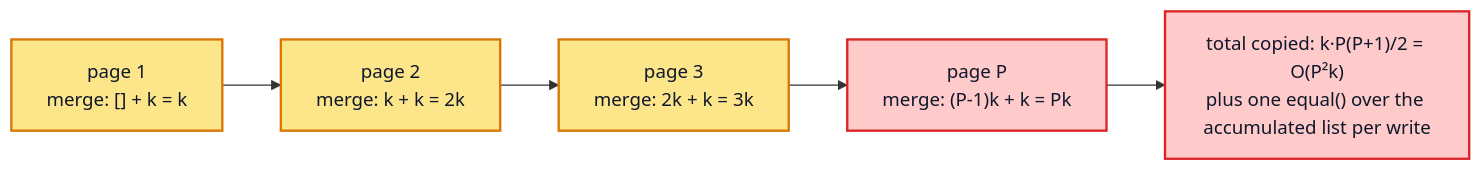
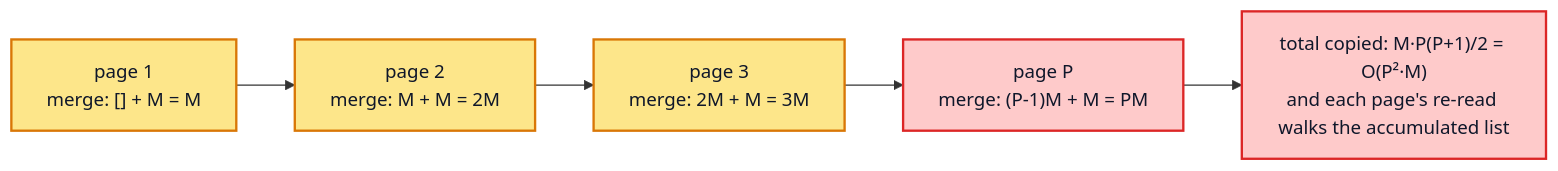
Before and after one commit to convict-git/fast-gql-cache-rs: the second of 2 diagrams in docs/performance/02-write-path.md, drawn with Mermaid. The commit also changed other lines of this file and 10 other files, not shown here.

First line of the commit message:
docs(perf): correct complexities and flows, define every symbol

````diff
--- a/docs/performance/02-write-path.md
+++ b/docs/performance/02-write-path.md
@@ -260,13 +293,13 @@
 ```mermaid
 flowchart LR
-    A["page 1<br/>merge: [] + k = k"]:::write
-    B["page 2<br/>merge: k + k = 2k"]:::write
-    C["page 3<br/>merge: 2k + k = 3k"]:::write
-    D["page P<br/>merge: (P-1)k + k = Pk"]:::dirty
+    A["page 1<br/>merge: [] + M = M"]:::write
+    B["page 2<br/>merge: M + M = 2M"]:::write
+    C["page 3<br/>merge: 2M + M = 3M"]:::write
+    D["page P<br/>merge: (P-1)M + M = PM"]:::dirty
     A --> B --> C --> D
-    T["total copied: k·P(P+1)/2 = O(P²k)<br/>plus one equal() over the accumulated list per write"]:::dirty
+    T["total copied: M·P(P+1)/2 = O(P²·M)<br/>and each page's re-read walks the accumulated list"]:::dirty
     D --> T
 
     classDef write fill:#fde68a,stroke:#d97706,stroke-width:2px,color:#0f172a
     classDef dirty fill:#fecaca,stroke:#dc2626,stroke-width:2px,color:#0f172a
 ```
````
